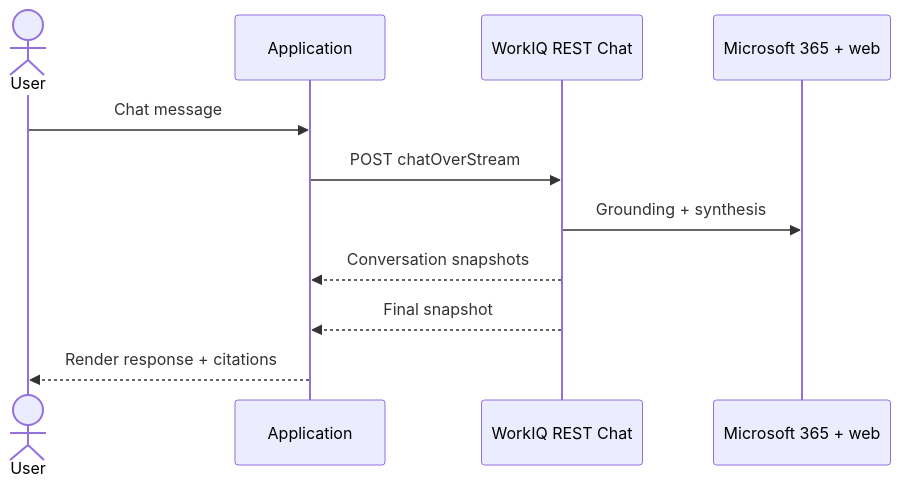
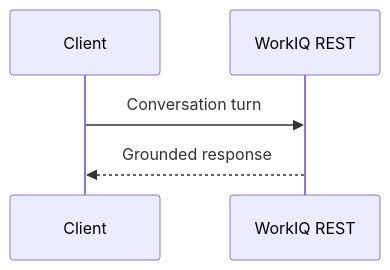
One commit to jeffrey-groneberg/workiq-deepagents changed the third of 3 diagrams in docs/foundations.md. Above: the diagram before and after it, drawn with Mermaid. The commit also changed other lines of this file and 10 other files, not shown here.

````diff
--- a/docs/foundations.md
+++ b/docs/foundations.md
@@ -61,14 +53,7 @@
     ```mermaid
     sequenceDiagram
-        actor U as User
-        participant C as Application
-        participant R as WorkIQ REST Chat
-        participant D as Microsoft 365 + web
-
-        U->>C: Chat message
-        C->>R: POST chatOverStream
-        R->>D: Grounding + synthesis
-        R-->>C: Conversation snapshots
-        R-->>C: Final snapshot
-        C-->>U: Render response + citations
+        participant C as Client
+        participant W as WorkIQ REST
+        C->>W: Conversation turn
+        W-->>C: Grounded response
     ```
````
